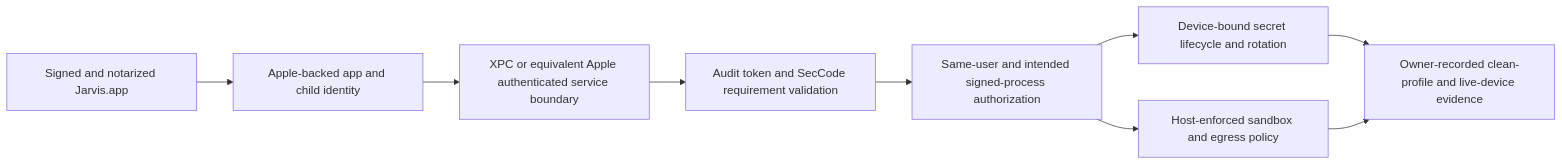
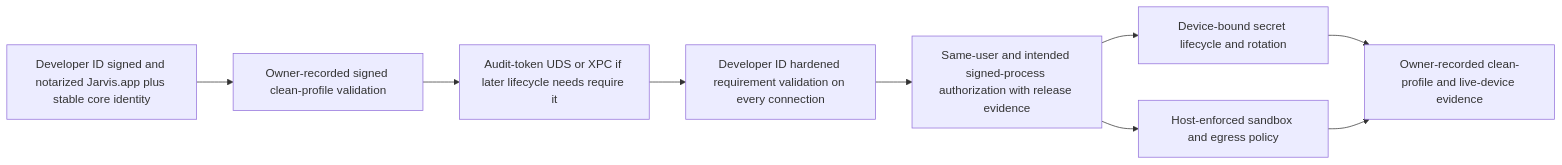
One commit to malak333/Assemblywright changed the second of 8 diagrams in docs/architecture-map.md. Above: the diagram before and after it, drawn with Mermaid. The commit also changed other lines of this file and 25 other files, not shown here.

Commit message:
Harden Unix IPC with Apple peer identity

````diff
--- a/docs/architecture-map.md
+++ b/docs/architecture-map.md
@@ -34,11 +39,11 @@
 ```mermaid
 flowchart LR
-  A["Signed and notarized Jarvis.app"] --> B["Apple-backed app and child identity"]
-  B --> X["XPC or equivalent Apple authenticated service boundary"]
-  X --> T["Audit token and SecCode requirement validation"]
-  T --> D["Same-user and intended signed-process authorization"]
+  A["Developer ID signed and notarized Jarvis.app plus stable core identity"] --> B["Owner-recorded signed clean-profile validation"]
+  B --> X["Audit-token UDS or XPC if later lifecycle needs require it"]
+  X --> T["Developer ID hardened requirement validation on every connection"]
+  T --> D["Same-user and intended signed-process authorization with release evidence"]
   D --> K["Device-bound secret lifecycle and rotation"]
   D --> O["Host-enforced sandbox and egress policy"]
   K --> E["Owner-recorded clean-profile and live-device evidence"]
   O --> E
 ```
````
